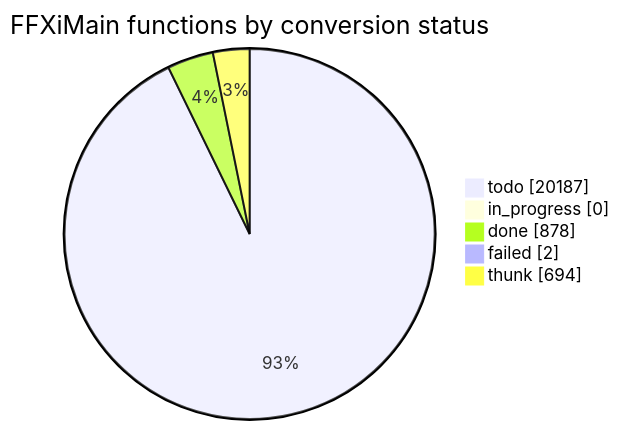
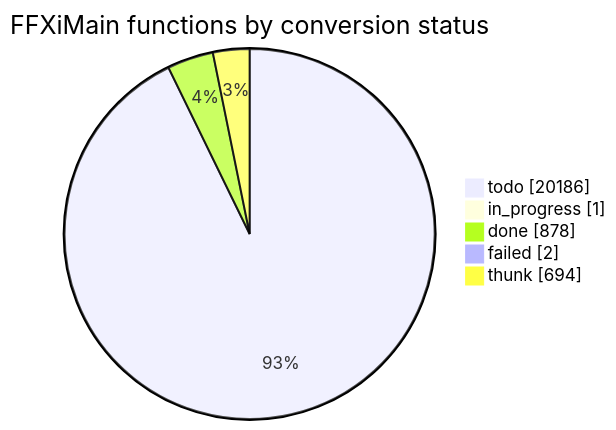
The diagram in docs/cow/STATUS.md (cowrevenge/cow_kuluu_xi_anything), drawn with Mermaid before and after one commit. The commit also changed other lines of this file and 7 other files, not shown here.

````diff
--- a/docs/cow/STATUS.md
+++ b/docs/cow/STATUS.md
@@ -18,9 +18,9 @@
 ```mermaid
 pie showData
     title FFXiMain functions by conversion status
-    "todo" : 20187
-    "in_progress" : 0
+    "todo" : 20186
+    "in_progress" : 1
     "done" : 878
     "failed" : 2
     "thunk" : 694
 ```
````
